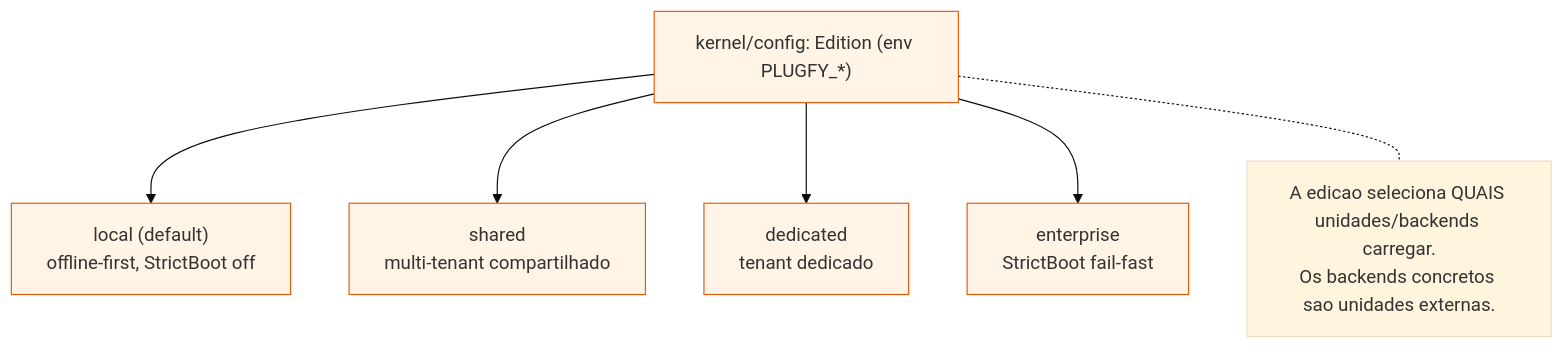
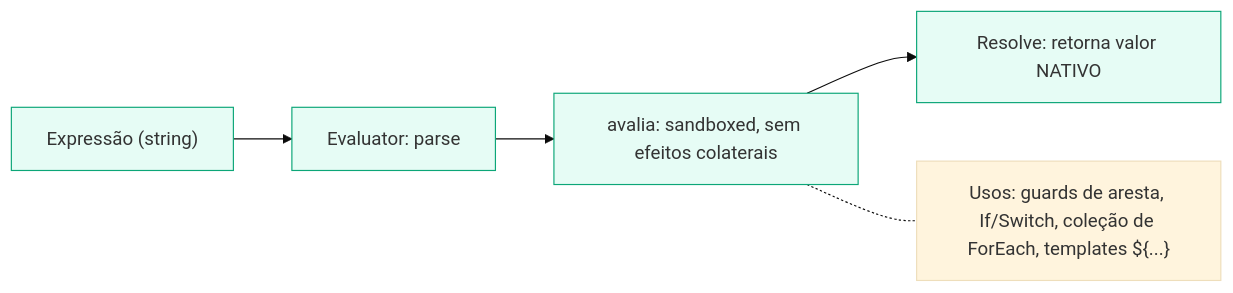
One commit to PlugfyOS/plugfy.framework.contracts changed diagram 13 of 17 in docs/architecture/plugfy-framework-architecture.md. Above: the diagram before and after it, drawn with Mermaid (base theme). The commit also changed other lines of this file and 1 other file, not shown here.

First line of the commit message:
docs(architecture): rewrite framework arch doc to final state — Unit + Pipeline + Execution only

````diff
--- a/docs/architecture/plugfy-framework-architecture.md
+++ b/docs/architecture/plugfy-framework-architecture.md
@@ -920,16 +774,12 @@
 ```mermaid
-flowchart TB
-  classDef k fill:#fff4e6,stroke:#e8590c;
-  ED["kernel/config: Edition (env PLUGFY_*)"]
-  L["local (default)<br/>offline-first, StrictBoot off"]
-  S["shared<br/>multi-tenant compartilhado"]
-  DD["dedicated<br/>tenant dedicado"]
-  EN["enterprise<br/>StrictBoot fail-fast"]
-  ED --> L
-  ED --> S
-  ED --> DD
-  ED --> EN
-  NT["A edicao seleciona QUAIS unidades/backends carregar.<br/>Os backends concretos sao unidades externas."]
-  ED -.- NT
-  class ED,L,S,DD,EN k;
+flowchart LR
+  classDef p fill:#e6fcf5,stroke:#0ca678;
+  E["Expressão (string)"]
+  PA["Evaluator: parse"]
+  EVl["avalia: sandboxed, sem efeitos colaterais"]
+  RS["Resolve: retorna valor NATIVO"]
+  E --> PA --> EVl --> RS
+  U["Usos: guards de aresta, If/Switch, coleção de ForEach, templates ${...}"]
+  EVl -.- U
+  class E,PA,EVl,RS p;
 ```
````
